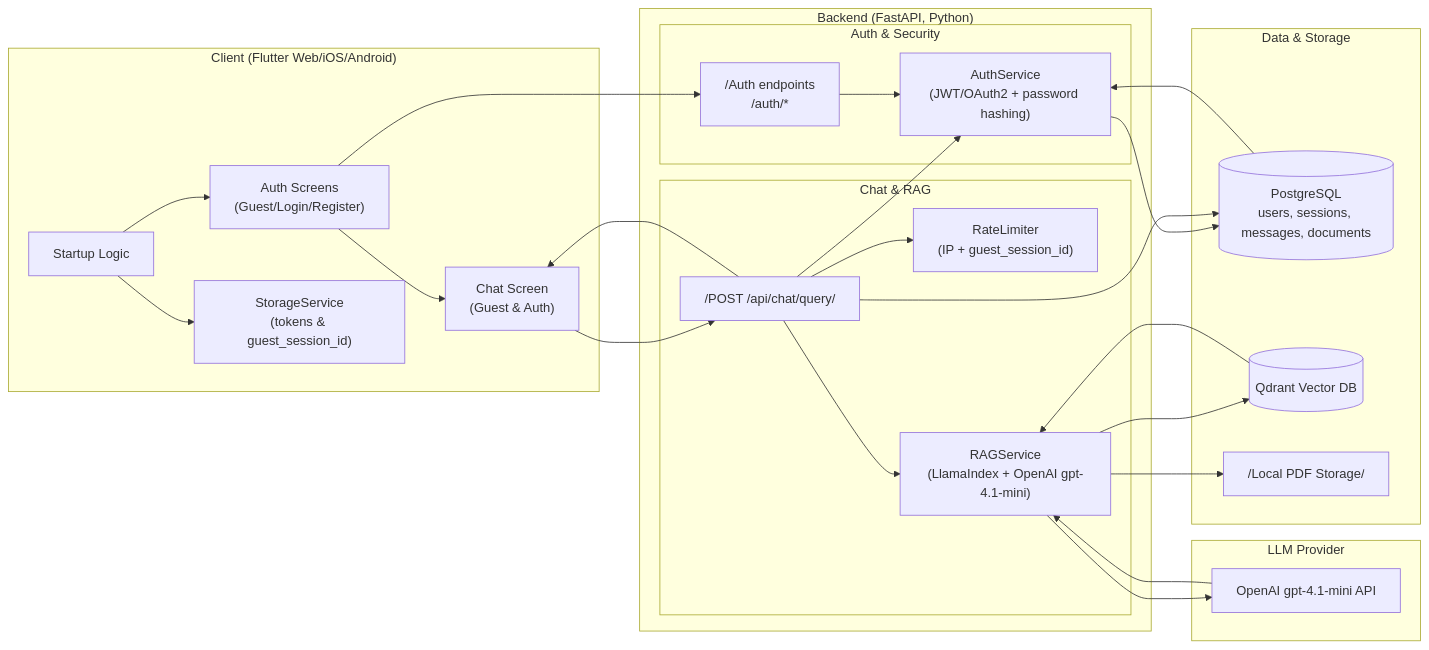
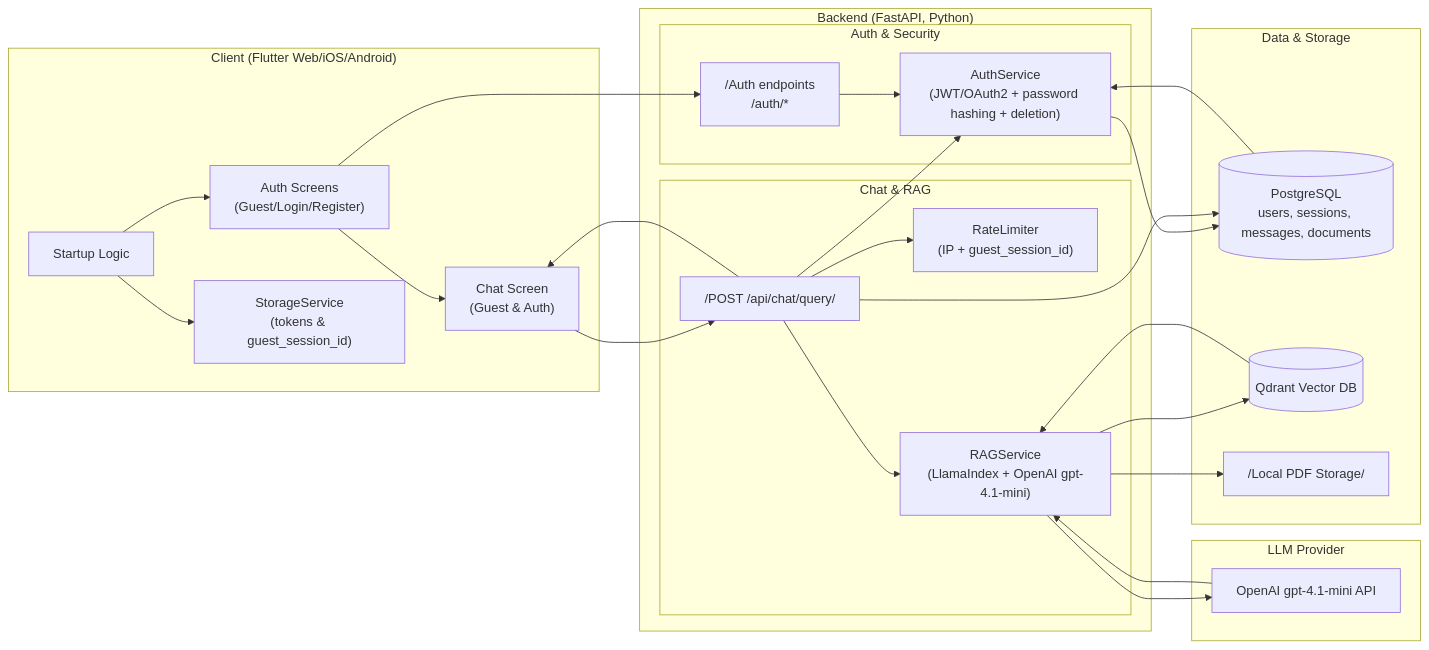
The first of 5 diagrams in docs/ARCHITECTURE.md (shashigemini/cs698-repo), drawn with Mermaid before and after one commit. The commit also changed other lines of this file and 42 other files, not shown here.

````diff
--- a/docs/ARCHITECTURE.md
+++ b/docs/ARCHITECTURE.md
@@ -47,55 +47,55 @@
 ```mermaid
 flowchart LR
     subgraph Client["Client (Flutter Web/iOS/Android)"]
         S["Startup Logic"]
         AUIS["Auth Screens<br/>(Guest/Login/Register)"]
         CH["Chat Screen<br/>(Guest & Auth)"]
         LS["StorageService<br/>(tokens & guest_session_id)"]
     end
 
     subgraph Backend["Backend (FastAPI, Python)"]
         subgraph AuthLayer["Auth & Security"]
             AUTH_EPS["/Auth endpoints<br/>/auth/*"]
-            AU["AuthService<br/>(JWT/OAuth2 + password hashing)"]
+            AU["AuthService<br/>(JWT/OAuth2 + password hashing + deletion)"]
         end
 
         subgraph ChatLayer["Chat & RAG"]
             CHAT_EP["/POST /api/chat/query/"]
             RL["RateLimiter<br/>(IP + guest_session_id)"]
             RAG["RAGService<br/>(LlamaIndex + OpenAI gpt-4.1-mini)"]
         end
     end
 
     subgraph Data["Data & Storage"]
         P[("PostgreSQL<br/>users, sessions, messages, documents")]
         Q[("Qdrant Vector DB")]
         FS["/Local PDF Storage/"]
     end
 
     subgraph LLM["LLM Provider"]
         O["OpenAI gpt-4.1-mini API"]
     end
 
     S --> LS
     S --> AUIS
     AUIS --> AUTH_EPS
     AUIS --> CH
     CH --> CHAT_EP
 
     AUTH_EPS --> AU
     AU --> P
     P --> AU
 
     CHAT_EP --> RL
     CHAT_EP --> AU
     CHAT_EP --> RAG
 
     RAG --> Q
     Q --> RAG
     RAG --> FS
     RAG --> O
     O --> RAG
 
     CHAT_EP --> P
     CHAT_EP --> CH
 ```
````
